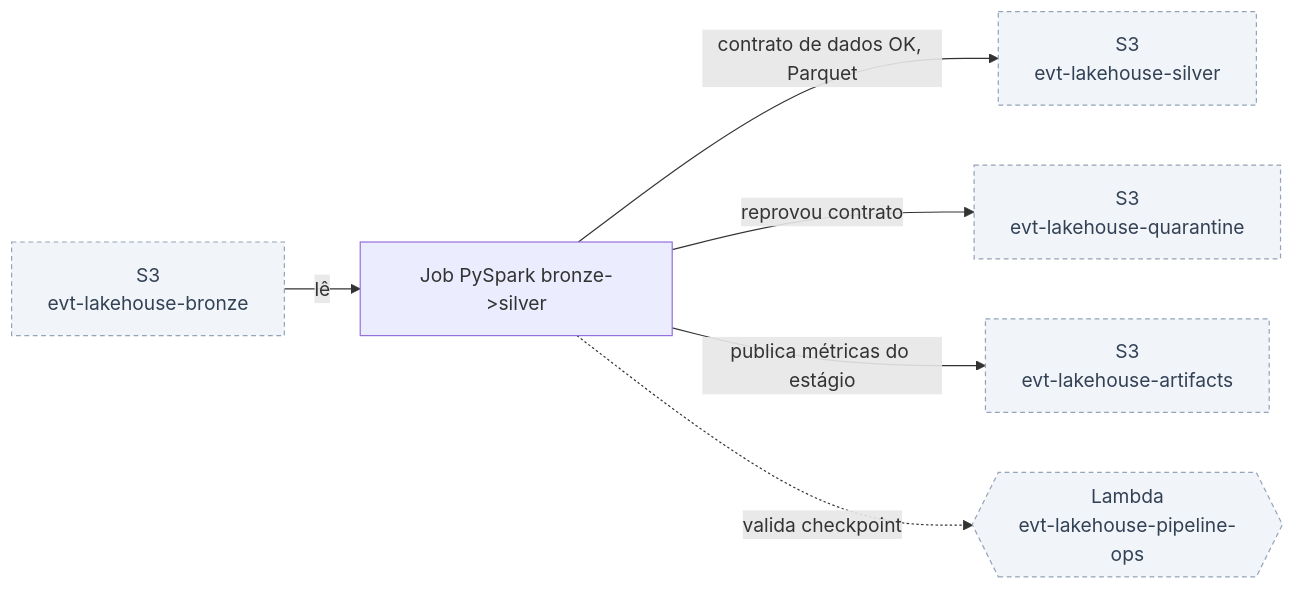
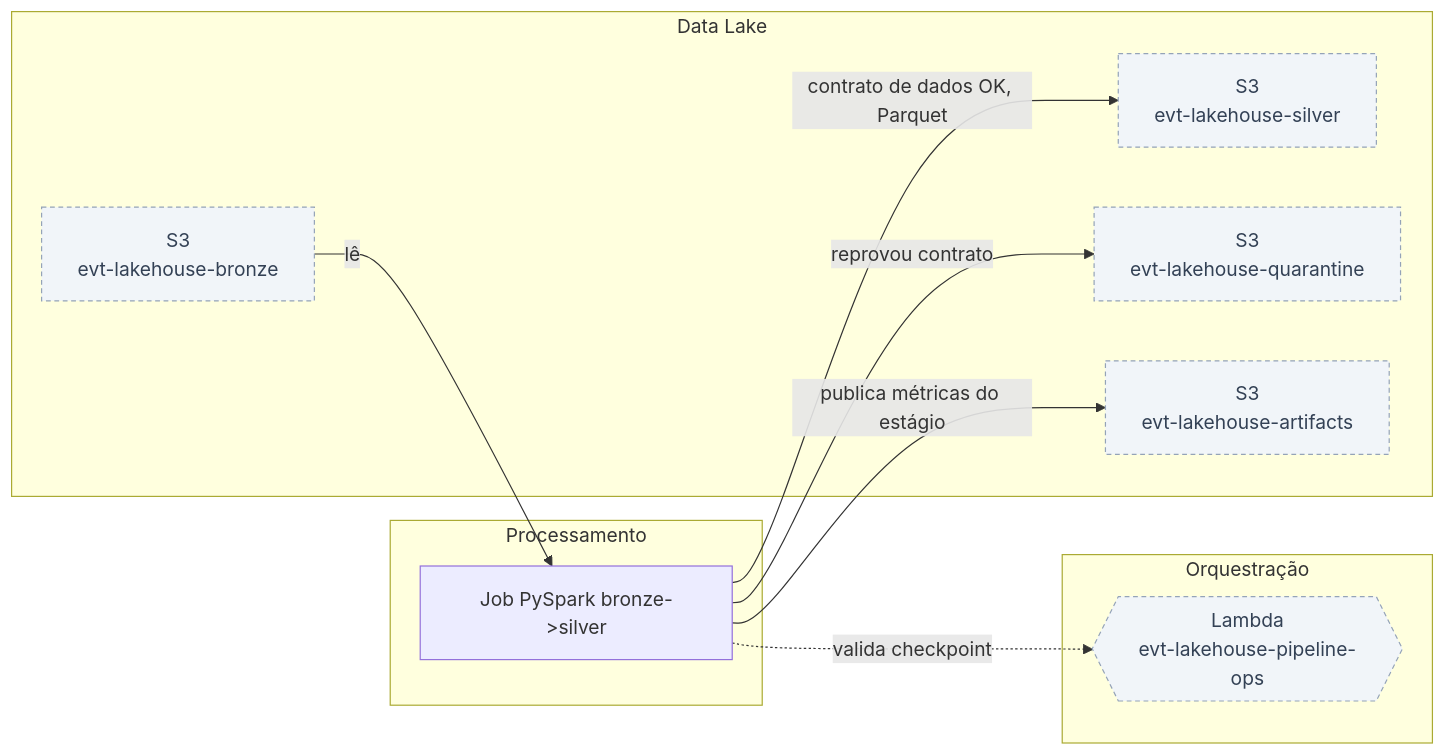
One commit to carlosr-data2/lakehouse-de-eventos-de-pagamento-com-contrato-de-dados changed the fifth of 8 diagrams in README.md. Above: the diagram before and after it, drawn with Mermaid. The commit also changed other lines of this file, not shown here.

````diff
--- a/README.md
+++ b/README.md
@@ -1301,17 +1322,26 @@
 ```mermaid
 flowchart LR
-    bronze["S3<br/>evt-lakehouse-bronze"]
-    job1["Job PySpark bronze->silver"]
-    silver["S3<br/>evt-lakehouse-silver"]
-    quarantine["S3<br/>evt-lakehouse-quarantine"]
-    artifacts["S3<br/>evt-lakehouse-artifacts"]
-    ops{{"Lambda<br/>evt-lakehouse-pipeline-ops"}}
+    subgraph datalake["Data Lake"]
+        bronze["S3<br/>evt-lakehouse-bronze"]
+        silver["S3<br/>evt-lakehouse-silver"]
+        quarantine["S3<br/>evt-lakehouse-quarantine"]
+        artifacts["S3<br/>evt-lakehouse-artifacts"]
+    end
+
+    subgraph processamento["Processamento"]
+        job1["Job PySpark bronze->silver"]
+    end
+
+    subgraph orquestracao["Orquestração"]
+        ops{{"Lambda<br/>evt-lakehouse-pipeline-ops"}}
+    end
+
     bronze -->|lê| job1
     job1 -->|contrato de dados OK, Parquet| silver
     job1 -->|reprovou contrato| quarantine
     job1 -->|publica métricas do estágio| artifacts
     job1 -.->|valida checkpoint| ops
     classDef novo fill:#dbeafe,stroke:#1d4ed8,stroke-width:2px,color:#1e3a5f
     classDef existente fill:#f1f5f9,stroke:#94a3b8,stroke-width:1px,stroke-dasharray:4 3,color:#334155
     class bronze,silver,quarantine,artifacts,ops existente
 ```
````
